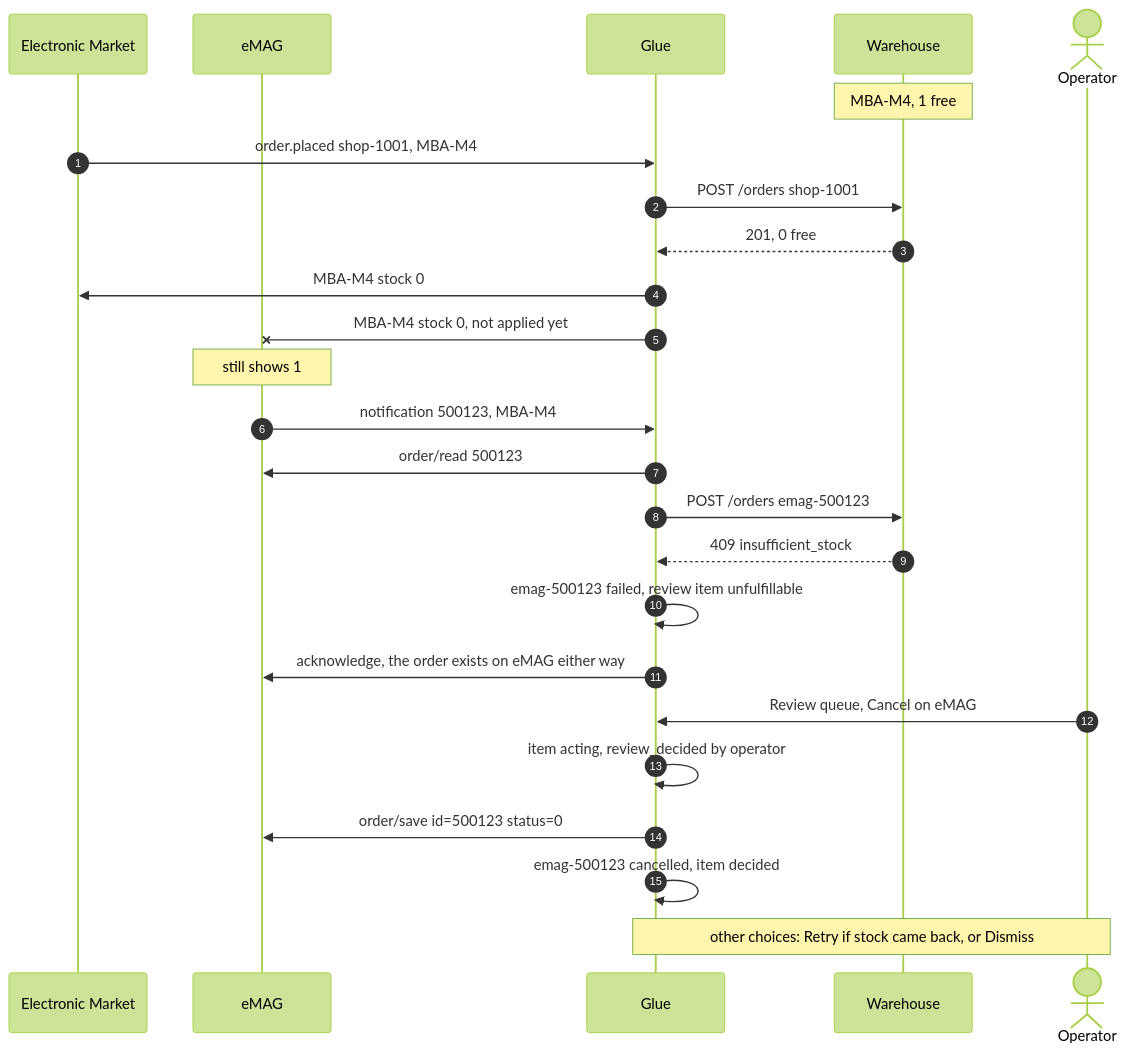
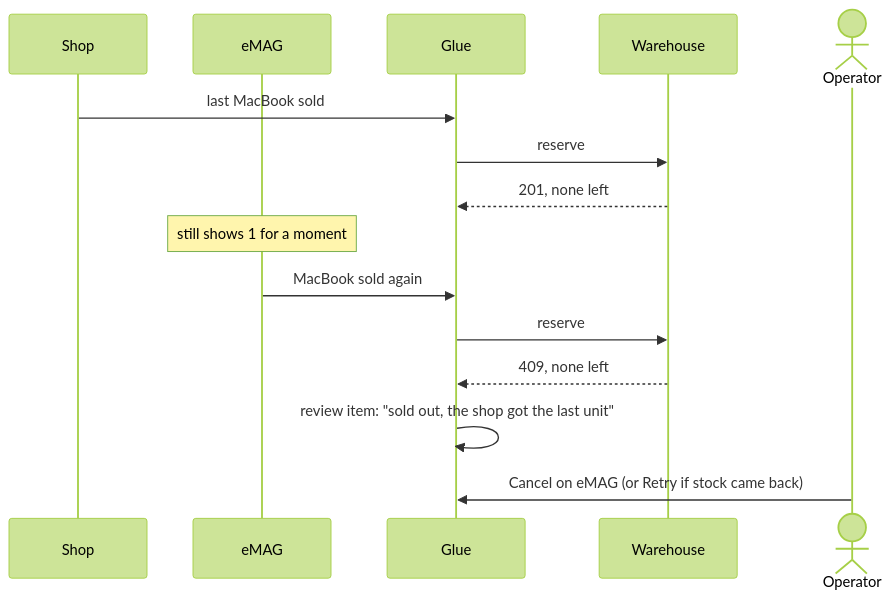
The third of 4 diagrams in docs/architecture.md (PantelimonGulie/adb-glue-service), drawn with Mermaid (forest theme) before and after one commit. The commit also changed other lines of this file and 29 other files, not shown here.

````diff
--- a/docs/architecture.md
+++ b/docs/architecture.md
@@ -286,28 +71,18 @@
 ```mermaid
 sequenceDiagram
-    autonumber
-    participant S as Electronic Market
+    participant S as Shop
     participant E as eMAG
     participant G as Glue
-    participant WH as Warehouse
+    participant W as Warehouse
     actor O as Operator
 
-    Note over WH: MBA-M4, 1 free
-    S->>G: order.placed shop-1001, MBA-M4
-    G->>WH: POST /orders shop-1001
-    WH-->>G: 201, 0 free
-    G->>S: MBA-M4 stock 0
-    G-xE: MBA-M4 stock 0, not applied yet
-    Note over E: still shows 1
-    E->>G: notification 500123, MBA-M4
-    G->>E: order/read 500123
-    G->>WH: POST /orders emag-500123
-    WH-->>G: 409 insufficient_stock
-    G->>G: emag-500123 failed, review item unfulfillable
-    G->>E: acknowledge, the order exists on eMAG either way
-    O->>G: Review queue, Cancel on eMAG
-    G->>G: item acting, review_decided by operator
-    G->>E: order/save id=500123 status=0
-    G->>G: emag-500123 cancelled, item decided
-    Note over O,G: other choices: Retry if stock came back, or Dismiss
+    S->>G: last MacBook sold
+    G->>W: reserve
+    W-->>G: 201, none left
+    Note over E: still shows 1 for a moment
+    E->>G: MacBook sold again
+    G->>W: reserve
+    W-->>G: 409, none left
+    G->>G: review item: "sold out, the shop got the last unit"
+    O->>G: Cancel on eMAG (or Retry if stock came back)
 ```
````
